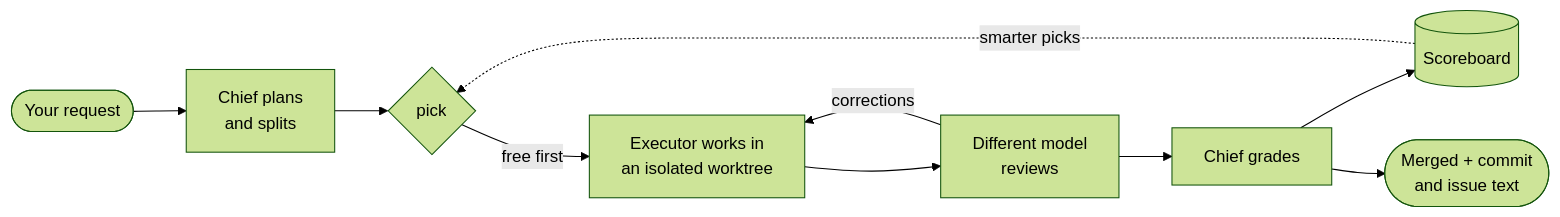
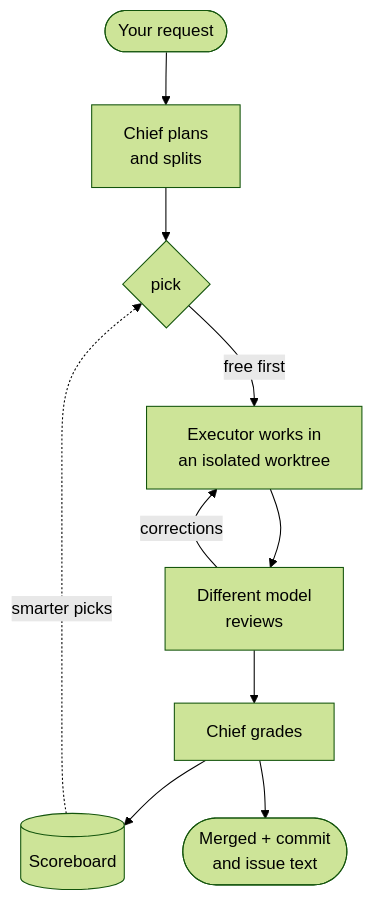
One commit to pauloroos/agent-crew-chief changed the diagram in README.md. Above: the diagram before and after it, drawn with Mermaid (forest theme). The commit also changed other lines of this file and 1 other file, not shown here.

Commit message:
docs: table header and vertical cycle diagram

````diff
--- a/README.md
+++ b/README.md
@@ -42,12 +42,12 @@
 ```mermaid
-flowchart LR
+flowchart TB
     A([Your request]) --> B[Chief plans<br/>and splits]
     B --> C{pick}
     C -->|free first| D[Executor works in<br/>an isolated worktree]
     D --> E[Different model<br/>reviews]
     E -->|corrections| D
     E --> F[Chief grades]
     F --> G[(Scoreboard)]
     G -.->|smarter picks| C
     F --> H([Merged + commit<br/>and issue text])
 ```
````
